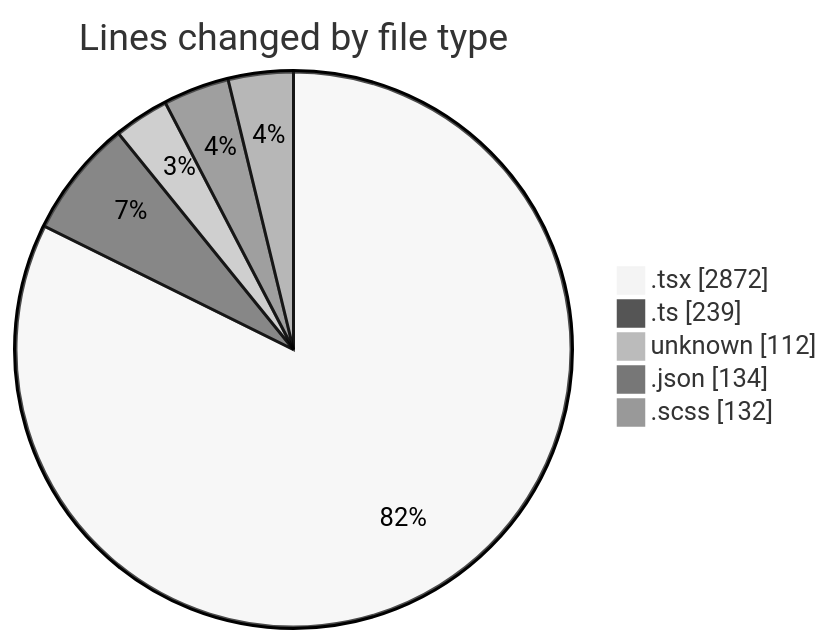
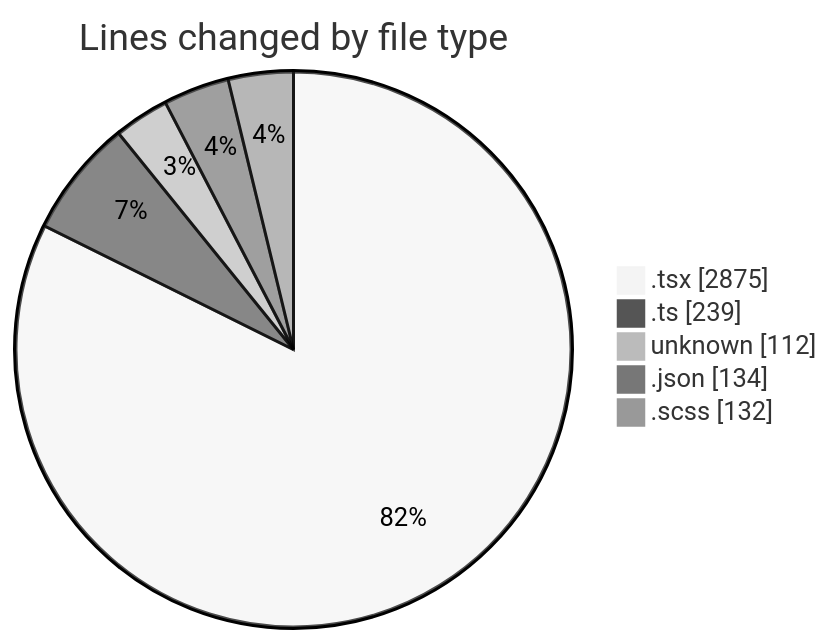
The first of 2 diagrams in 2026-04-28/cda/README.md (momahboobian/code-tracking), drawn with Mermaid (neutral theme) before and after one commit. The commit also changed other lines of this file and 1 other file, not shown here.

````diff
--- a/2026-04-28/cda/README.md
+++ b/2026-04-28/cda/README.md
@@ -47,9 +47,9 @@
 ```mermaid
 pie showData
 title Lines changed by file type
-".tsx" : 2872
+".tsx" : 2875
 ".ts" : 239
 "unknown" : 112
 ".json" : 134
 ".scss" : 132
 ```
````
